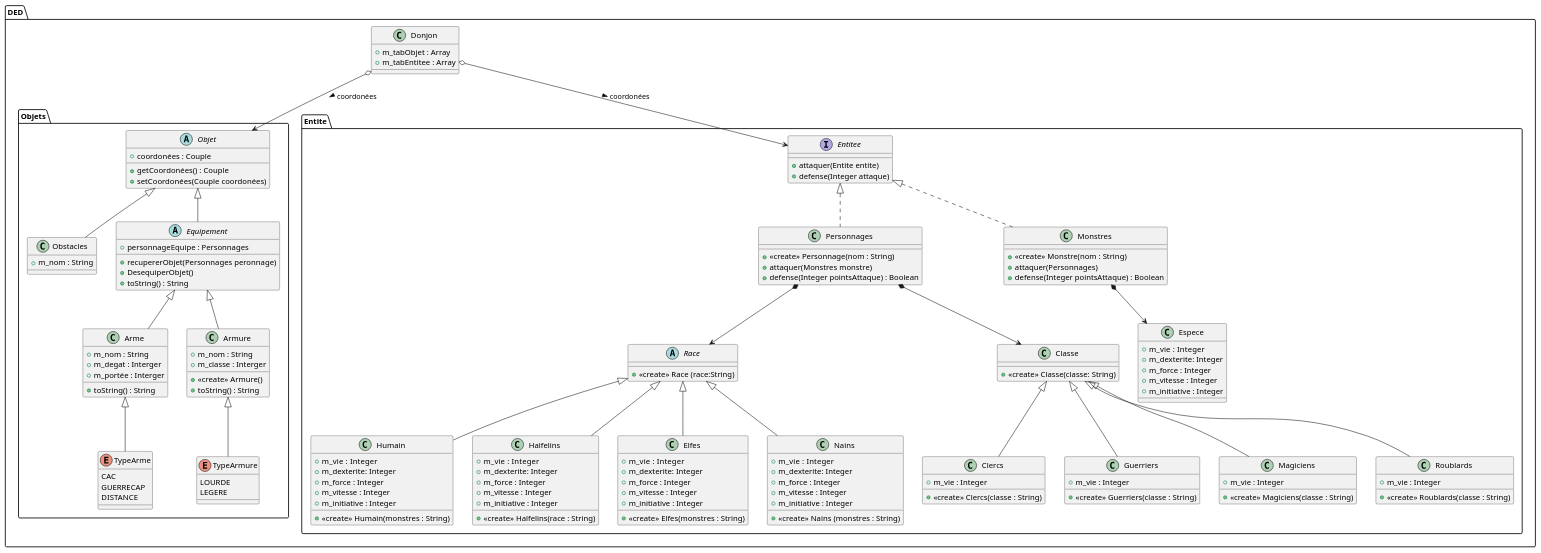
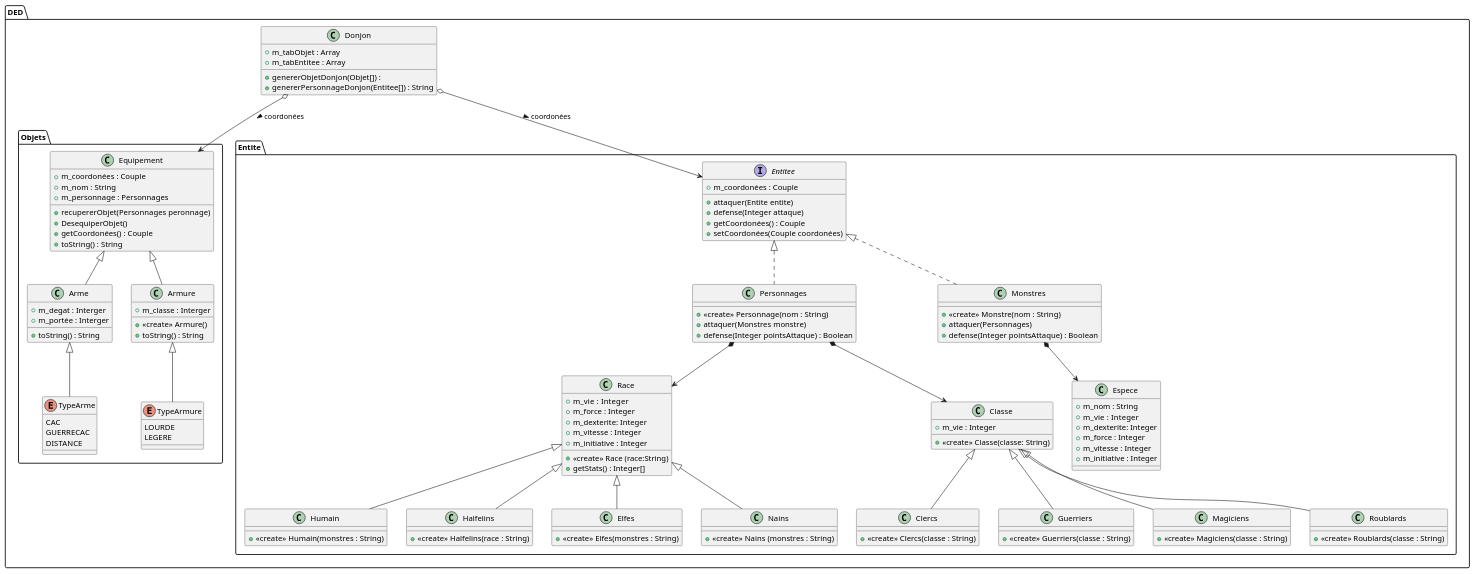
The diagram in uml/umlDeD.puml (prise12/Donjons-et-Dragons), drawn with PlantUML before and after one commit. The commit also changed 1 other file, not shown here.

```diff
--- a/uml/umlDeD.puml
+++ b/uml/umlDeD.puml
@@ -3,190 +3,175 @@
 @startuml
 'https://plantuml.com/class-diagram
 scale 1
 
 package DED{
 
     package Objets {
 
-        abstract Objet
-        {
 
-            + coordonées : Couple
-            + getCoordonées() : Couple
-            + setCoordonées(Couple coordonées)
 
-        }
-
-        class Obstacles extends Objet
-        {
+        class Equipement {
+            + m_coordonées : Couple
             + m_nom : String
-        }
-
-        abstract Equipement extends Objet
-        {
-            + personnageEquipe : Personnages
-
+            + m_personnage : Personnages
             + recupererObjet(Personnages peronnage)
             + DesequiperObjet()
+            + getCoordonées() : Couple
             + toString() : String
 
         }
 
         class Arme extends Equipement
         {
-                + m_nom : String
+
                 + m_degat : Interger
                 + m_portée : Interger
                 + toString() : String
         }
 
         enum TypeArme extends Arme
         {
             CAC
-            GUERRECAP
+            GUERRECAC
             DISTANCE
         }
 
         class Armure extends Equipement
         {
-                +<<create>> Armure()
-                +m_nom : String
+                + <<create>> Armure()
                 + m_classe : Interger
                 + toString() : String
         }
 
         enum TypeArmure    extends Armure
         {
             LOURDE
             LEGERE
         }
 
     }
 
     package Entite {
             interface Entitee
             {
-
-                +attaquer(Entite entite)
-                +defense(Integer attaque)
+                + m_coordonées : Couple
+                + attaquer(Entite entite)
+                + defense(Integer attaque)
+                + getCoordonées() : Couple
+                + setCoordonées(Couple coordonées)
             }
 
             class Personnages implements Entitee
             {
                 +<<create>> Personnage(nom : String)
                 +attaquer(Monstres monstre)
                 +defense(Integer pointsAttaque) : Boolean
             }
 
-            abstract class Race
+            class Race
             {
-                +<<create>> Race (race:String)
+                + <<create>> Race (race:String)
+                + m_vie  : Integer
+                + m_force : Integer
+                + m_dexterite: Integer
+                + m_vitesse : Integer
+                + m_initiative : Integer
+                + getStats() : Integer[]
 
             }
 
             class Humain extends Race
             {
                 +<<create>> Humain(monstres : String)
-                +m_vie  : Integer
-                +m_dexterite: Integer
-                +m_force : Integer
-                +m_vitesse : Integer
-                +m_initiative : Integer
+
             }
 
             class Halfelins extends Race
             {
                 +<<create>> Halfelins(race : String)
-                +m_vie  : Integer
-                +m_dexterite: Integer
-                +m_force : Integer
-                +m_vitesse : Integer
-                +m_initiative : Integer
+
             }
 
             class Elfes extends Race
             {
                 +<<create>> Elfes(monstres : String)
-                +m_vie  : Integer
-                +m_dexterite: Integer
-                +m_force : Integer
-                +m_vitesse : Integer
-                +m_initiative : Integer
+
             }
 
             class Nains extends Race
             {
                 +<<create>> Nains (monstres : String)
-                +m_vie  : Integer
-                +m_dexterite: Integer
-                +m_force : Integer
-                +m_vitesse : Integer
-                +m_initiative : Integer
+
             }
 
             class Classe
             {
                 +<<create>> Classe(classe: String)
+                +m_vie : Integer
             }
 
             class Clercs extends Classe
             {
                 +<<create>> Clercs(classe : String)
-                +m_vie : Integer
+
 
             }
 
             class Guerriers extends Classe
             {
                 +<<create>> Guerriers(classe : String)
-                +m_vie : Integer
+
             }
 
             class Magiciens extends Classe
             {
                 +<<create>> Magiciens(classe : String)
-                +m_vie : Integer
             }
 
             class Roublards extends Classe
             {
                 +<<create>> Roublards(classe : String)
-                +m_vie : Integer
             }
 
             class Monstres implements Entitee
             {
                 +<<create>> Monstre(nom : String)
                 +attaquer(Personnages)
                 +defense(Integer pointsAttaque) : Boolean
             }
 
             class Espece
             {
+                +m_nom : String
                 +m_vie  : Integer
                 +m_dexterite: Integer
                 +m_force : Integer
                 +m_vitesse : Integer
                 +m_initiative : Integer
             }
 
     }
+
+
     class Donjon
     {
+
         + m_tabObjet : Array
         + m_tabEntitee : Array
+        + genererObjetDonjon(Objet[]) :
+        + genererPersonnageDonjon(Entitee[]) : String
     }
 
 }
 
 
-Donjon o--> Objet : > coordonées
+Donjon o--> Equipement : > coordonées
 Donjon o--> Entitee: > coordonées
 Personnages *--> Race
 Personnages *--> Classe
 Monstres *--> Espece
 
 
 
 
 @enduml
```
